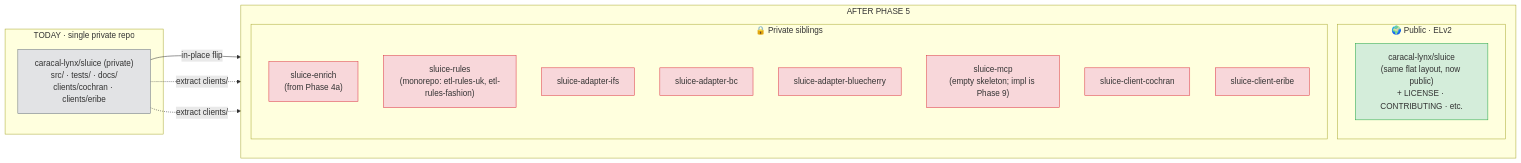
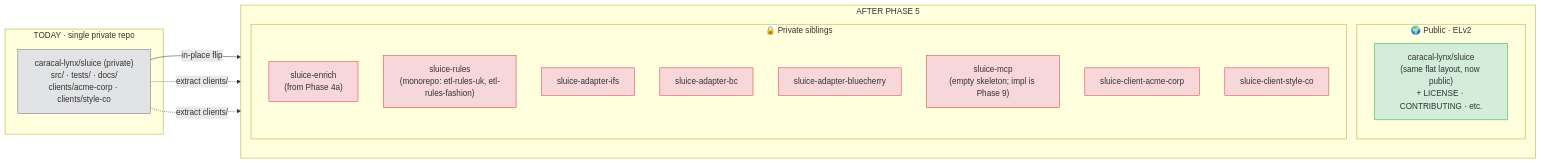
The first of 2 diagrams in docs/PHASE-05-DEVELOPMENT-WORKFLOW.md (caracal-lynx/sluice), drawn with Mermaid before and after one commit. The commit also changed other lines of this file and 26 other files, not shown here.

````diff
--- a/docs/PHASE-05-DEVELOPMENT-WORKFLOW.md
+++ b/docs/PHASE-05-DEVELOPMENT-WORKFLOW.md
@@ -62,38 +62,38 @@
 ```mermaid
 graph LR
     subgraph BEFORE["TODAY · single private repo"]
-        SLUICE_OLD["caracal-lynx/sluice (private)<br/>src/ · tests/ · docs/<br/>clients/cochran · clients/eribe"]
+        SLUICE_OLD["caracal-lynx/sluice (private)<br/>src/ · tests/ · docs/<br/>clients/acme-corp · clients/style-co"]
     end
 
     subgraph AFTER["AFTER PHASE 5"]
         direction TB
         subgraph PUB["🌍 Public · ELv2"]
             SLUICE_NEW["caracal-lynx/sluice<br/>(same flat layout, now public)<br/>+ LICENSE · CONTRIBUTING · etc."]
         end
         subgraph PRIV["🔒 Private siblings"]
             ENRICH["sluice-enrich<br/>(from Phase 4a)"]
             RULES["sluice-rules<br/>(monorepo: etl-rules-uk, etl-rules-fashion)"]
             IFS["sluice-adapter-ifs"]
             BC["sluice-adapter-bc"]
             BLUE["sluice-adapter-bluecherry"]
             MCP["sluice-mcp<br/>(empty skeleton; impl is Phase 9)"]
-            COCHRAN["sluice-client-cochran"]
-            ERIBE["sluice-client-eribe"]
+            ACME_CORP["sluice-client-acme-corp"]
+            STYLE_CO["sluice-client-style-co"]
         end
     end
 
     SLUICE_OLD -->|in-place flip| SLUICE_NEW
-    SLUICE_OLD -.->|extract clients/| COCHRAN
-    SLUICE_OLD -.->|extract clients/| ERIBE
+    SLUICE_OLD -.->|extract clients/| ACME_CORP
+    SLUICE_OLD -.->|extract clients/| STYLE_CO
 
     style SLUICE_OLD fill:#e2e3e5,stroke:#6c757d
     style SLUICE_NEW fill:#d4edda,stroke:#28a745
     style ENRICH fill:#f8d7da,stroke:#dc3545
     style RULES fill:#f8d7da,stroke:#dc3545
     style IFS fill:#f8d7da,stroke:#dc3545
     style BC fill:#f8d7da,stroke:#dc3545
     style BLUE fill:#f8d7da,stroke:#dc3545
     style MCP fill:#f8d7da,stroke:#dc3545
-    style COCHRAN fill:#f8d7da,stroke:#dc3545
-    style ERIBE fill:#f8d7da,stroke:#dc3545
+    style ACME_CORP fill:#f8d7da,stroke:#dc3545
+    style STYLE_CO fill:#f8d7da,stroke:#dc3545
 ```
````
